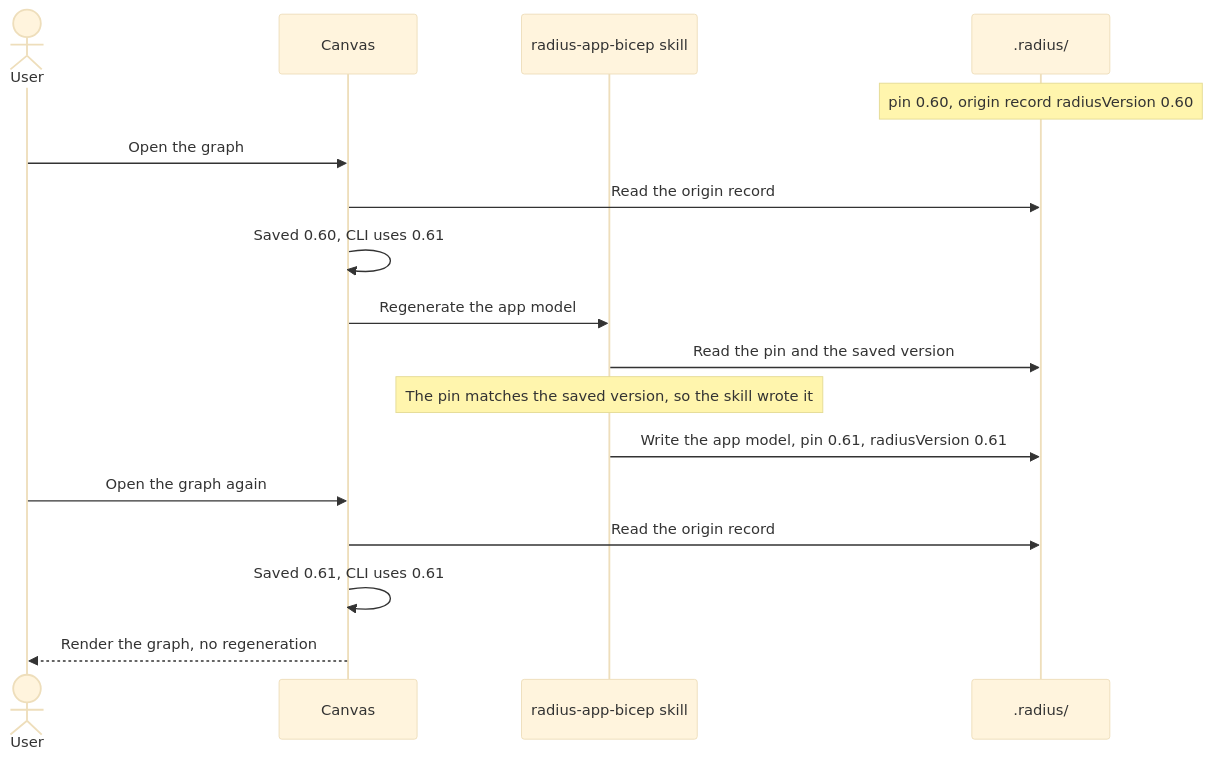
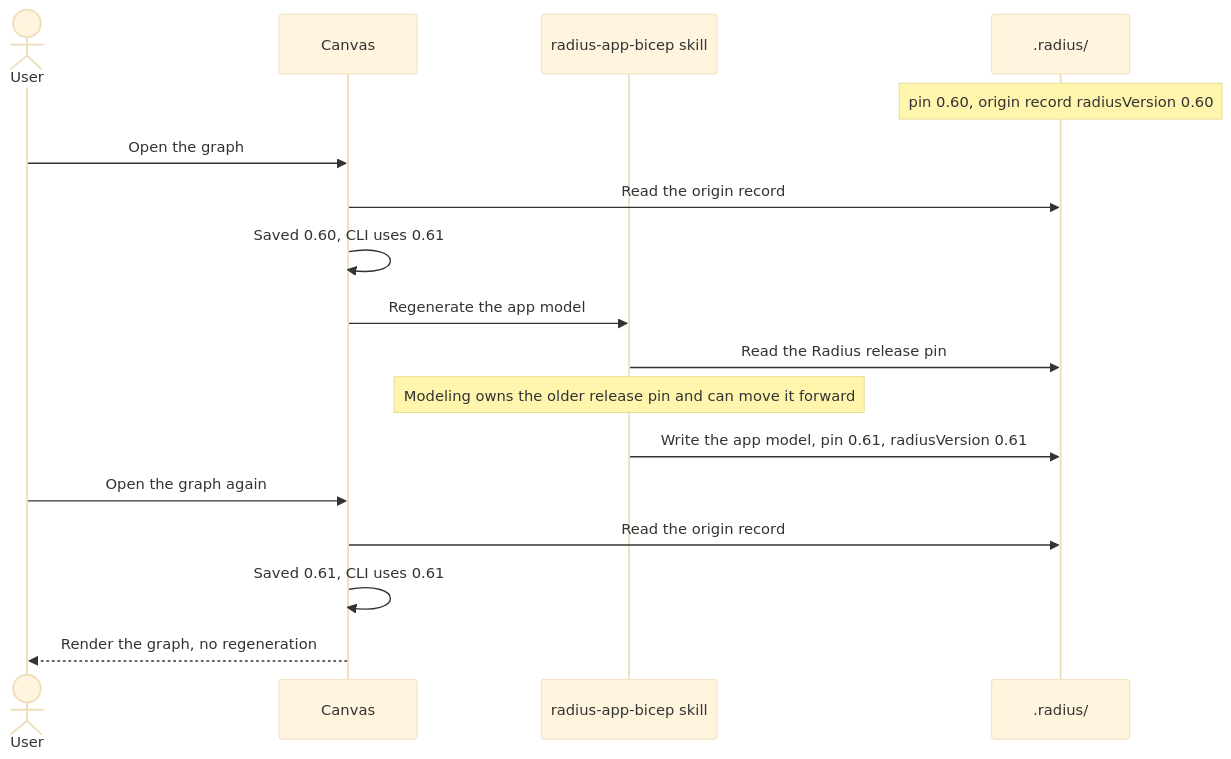
The diagram in docs/design/2026-10-record-radius-version.md (radius-project/ai-extensions), drawn with Mermaid (base theme) before and after one commit. The commit also changed other lines of this file and 5 other files, not shown here.

Commit message:
fix(radius): update legacy Radius pins without origin version metadata (#1286)

````diff
--- a/docs/design/2026-10-record-radius-version.md
+++ b/docs/design/2026-10-record-radius-version.md
@@ -36,20 +36,20 @@
 ```mermaid
 sequenceDiagram
     actor User
     participant Canvas
     participant Skill as radius-app-bicep skill
     participant Files as .radius/
 
     Note over Files: pin 0.60, origin record radiusVersion 0.60
     User->>Canvas: Open the graph
     Canvas->>Files: Read the origin record
     Canvas->>Canvas: Saved 0.60, CLI uses 0.61
     Canvas->>Skill: Regenerate the app model
-    Skill->>Files: Read the pin and the saved version
-    Note over Skill: The pin matches the saved version, so the skill wrote it
+    Skill->>Files: Read the Radius release pin
+    Note over Skill: Modeling owns the older release pin and can move it forward
     Skill->>Files: Write the app model, pin 0.61, radiusVersion 0.61
     User->>Canvas: Open the graph again
     Canvas->>Files: Read the origin record
     Canvas->>Canvas: Saved 0.61, CLI uses 0.61
     Canvas-->>User: Render the graph, no regeneration
 ```
````
